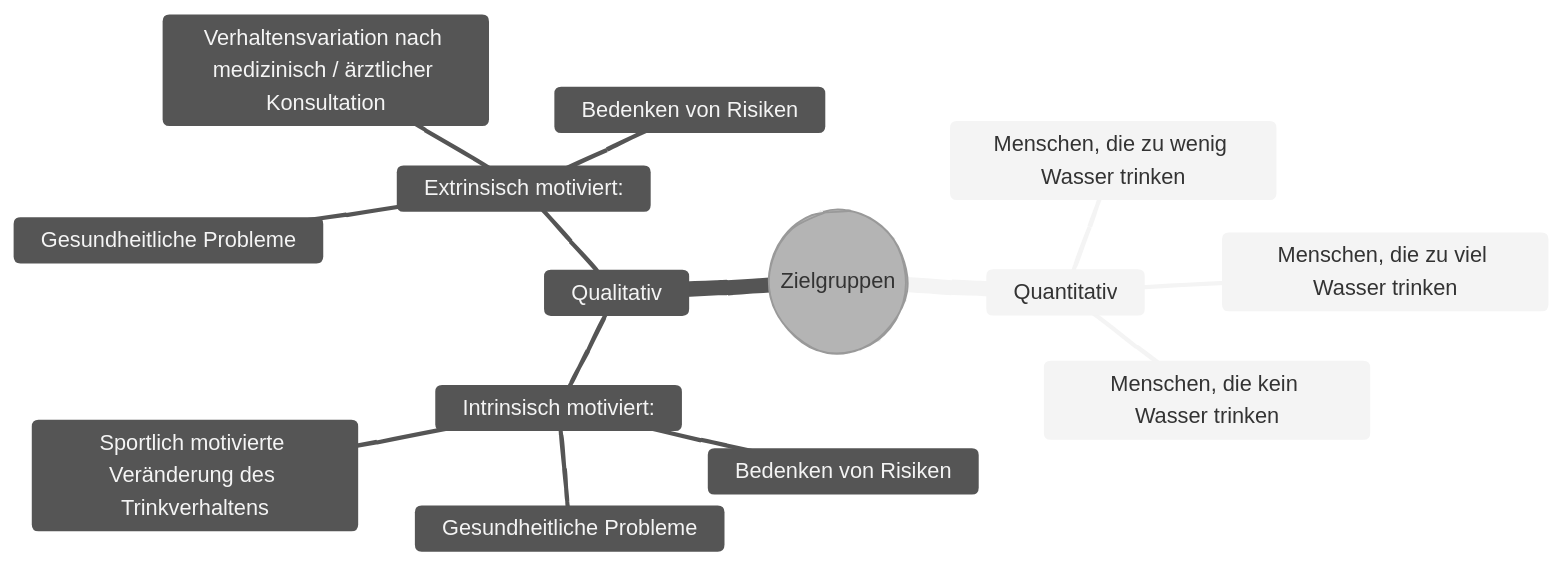
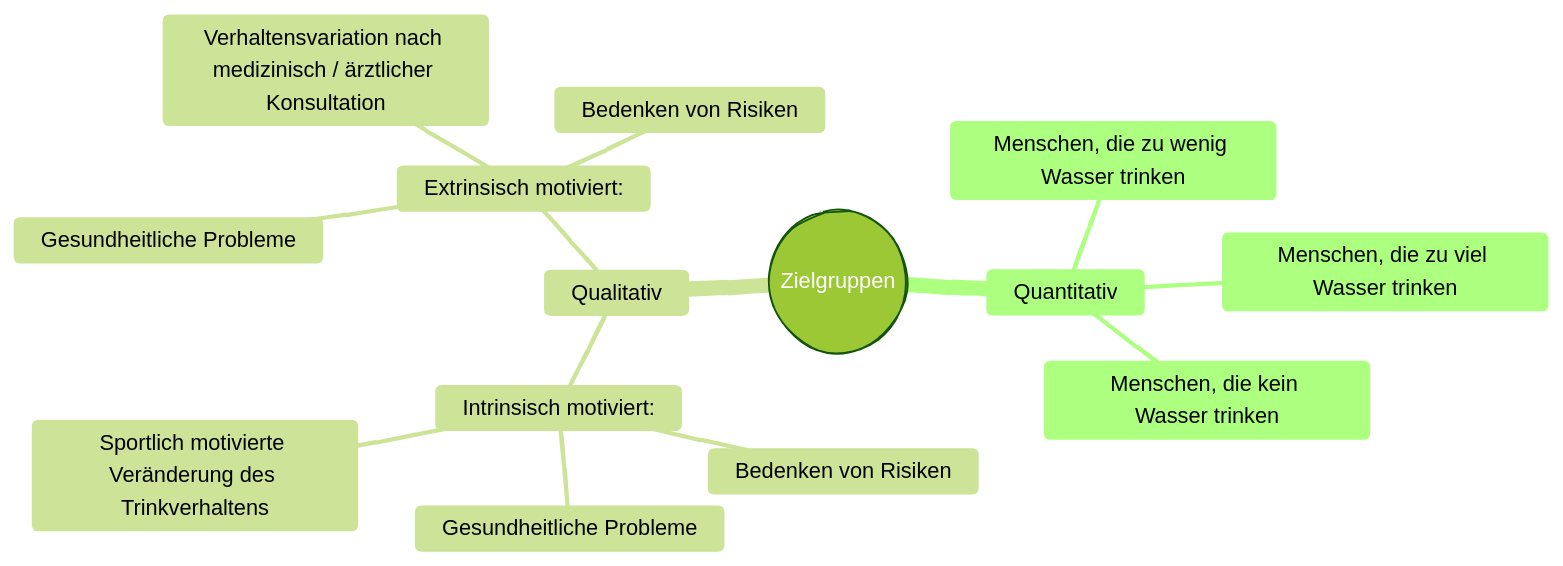
One commit to nevsglueckauf/dcda_projects changed the diagram in Projekt_Smart_WF/Target_Groups.md. Above: the diagram before and after it, drawn with Mermaid. The commit also changed 1 other file, not shown here.

Commit message:
Changing stuff

````diff
--- a/Projekt_Smart_WF/Target_Groups.md
+++ b/Projekt_Smart_WF/Target_Groups.md
@@ -29,24 +29,25 @@
 ```mermaid
 ---
 config:
   look: handDrawn
-  theme: neutral
+  theme: forest
 ---
+
 mindmap
     root((Zielgruppen))
             Quantitativ
               Menschen, die zu wenig Wasser trinken
               Menschen, die zu viel Wasser trinken
               Menschen, die kein Wasser trinken
 
             Qualitativ
               Intrinsisch motiviert:
                 Gesundheitliche Probleme
                 Bedenken von Risiken
                 Sportlich motivierte Veränderung des Trinkverhaltens
 
               Extrinsisch motiviert:
                 Gesundheitliche Probleme
                 Verhaltensvariation nach medizinisch / ärztlicher Konsultation
                 Bedenken von Risiken
 ```
````
